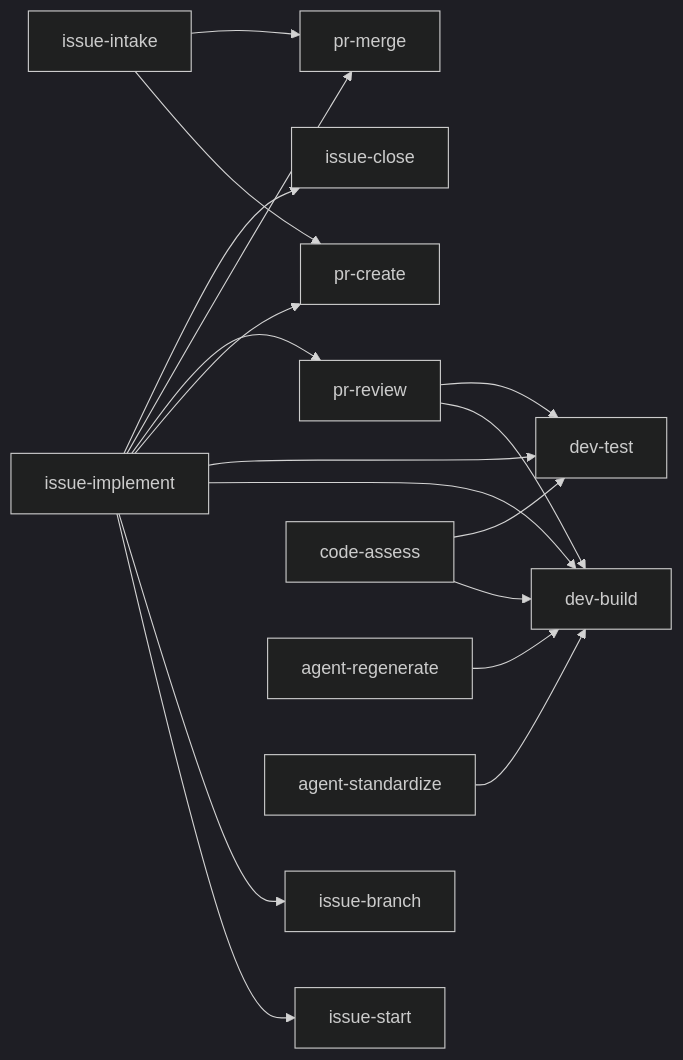
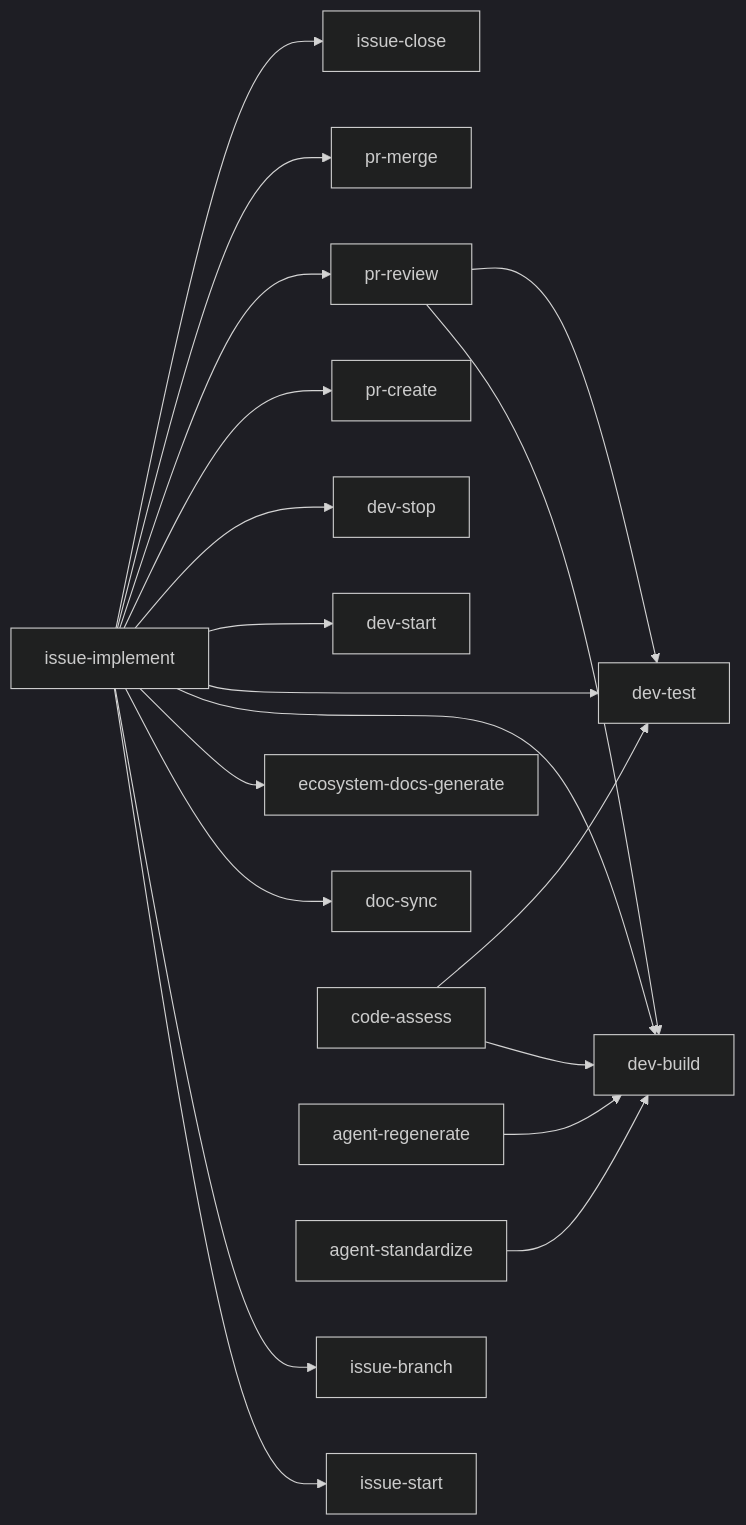
The second of 3 diagrams in docs/ecosystem-design.md (ashitaka-emishi/lob-online), drawn with Mermaid (dark theme) before and after one commit. The commit also changed other lines of this file and 20 other files, not shown here.

````diff
--- a/docs/ecosystem-design.md
+++ b/docs/ecosystem-design.md
@@ -109,19 +113,21 @@
 ```mermaid
 graph LR
   issue-implement --> issue-start
   issue-implement --> issue-branch
+  issue-implement --> doc-sync
+  issue-implement --> ecosystem-docs-generate
   issue-implement --> dev-build
   issue-implement --> dev-test
+  issue-implement --> dev-start
+  issue-implement --> dev-stop
   issue-implement --> pr-create
   issue-implement --> pr-review
   issue-implement --> pr-merge
   issue-implement --> issue-close
-  issue-intake --> pr-create
-  issue-intake --> pr-merge
   pr-review --> dev-build
   pr-review --> dev-test
   code-assess --> dev-build
   code-assess --> dev-test
   agent-regenerate --> dev-build
   agent-standardize --> dev-build
 ```
````
